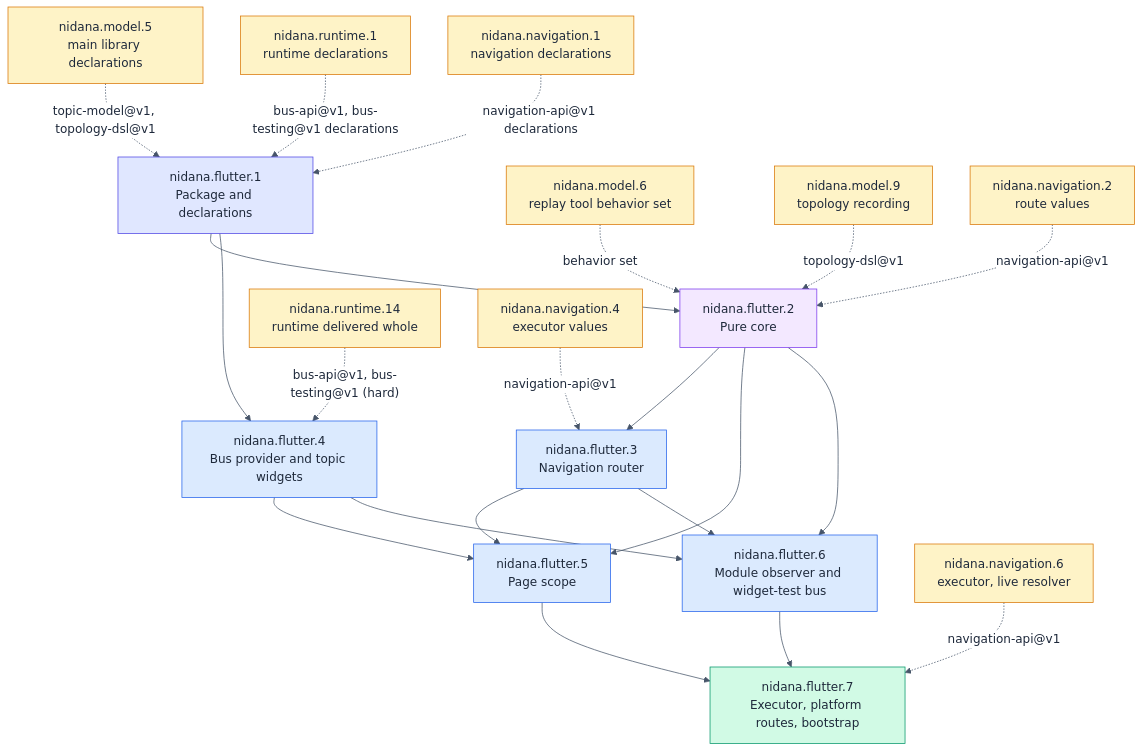
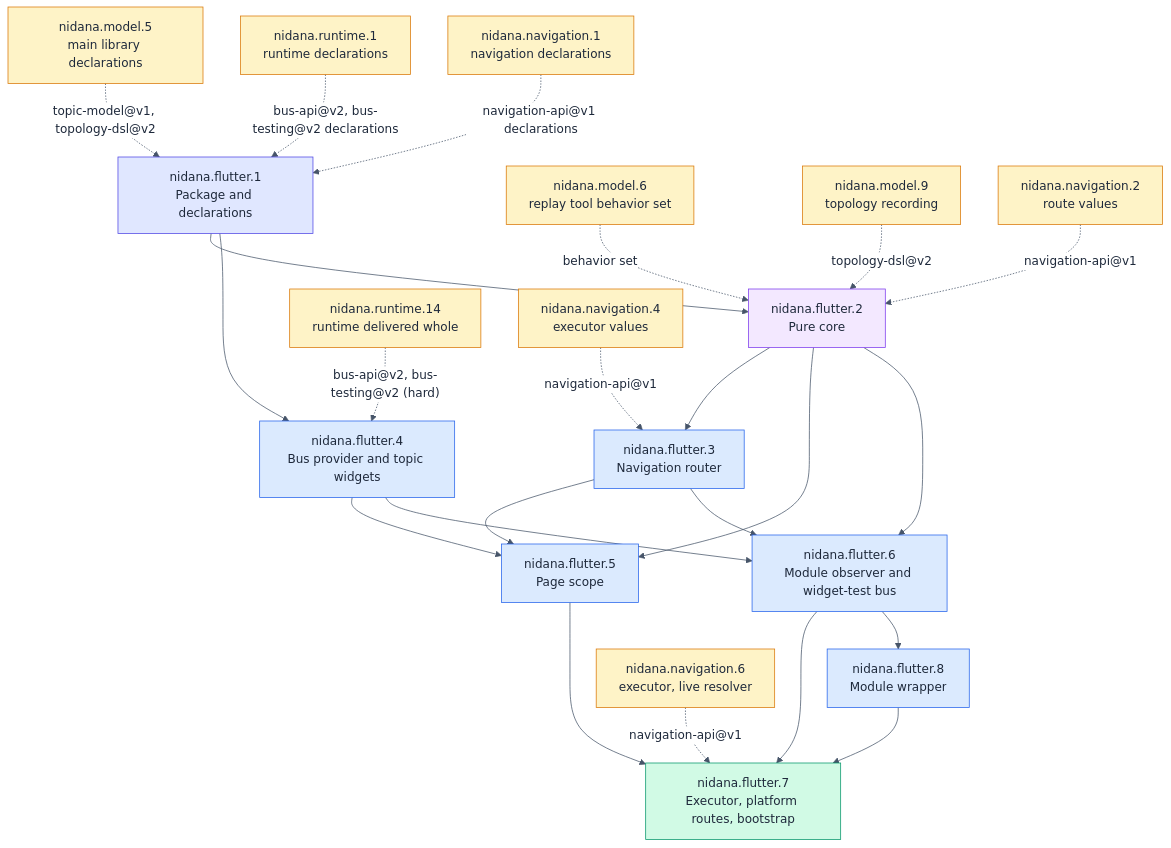
One commit to Samsara-Stream/nidana-bus-dart changed the diagram in hsdd/spec/nidana.flutter.md. Above: the diagram before and after it, drawn with Mermaid. The commit also changed other lines of this file, not shown here.

Commit message:
hsdd: S86 hsdd-phase-plan nidana.flutter re-plan for v0.15.1 (H15): .8 Module wrapper appended for NidanaModule

````diff
--- a/hsdd/spec/nidana.flutter.md
+++ b/hsdd/spec/nidana.flutter.md
@@ -282,58 +342,62 @@
 ```mermaid
 %%{init:{'theme':'base','themeVariables':{'primaryTextColor':'#1e293b','lineColor':'#475569','edgeLabelBackground':'#ffffff','tertiaryTextColor':'#1e293b'}}}%%
 flowchart TD
     F1["nidana.flutter.1<br/>Package and declarations"]
     F2["nidana.flutter.2<br/>Pure core"]
     F3["nidana.flutter.3<br/>Navigation router"]
     F4["nidana.flutter.4<br/>Bus provider and topic widgets"]
     F5["nidana.flutter.5<br/>Page scope"]
     F6["nidana.flutter.6<br/>Module observer and widget-test bus"]
     F7["nidana.flutter.7<br/>Executor, platform routes, bootstrap"]
+    F8["nidana.flutter.8<br/>Module wrapper"]
     M5["nidana.model.5<br/>main library declarations"]
     M6["nidana.model.6<br/>replay tool behavior set"]
     M9["nidana.model.9<br/>topology recording"]
     R1["nidana.runtime.1<br/>runtime declarations"]
     R14["nidana.runtime.14<br/>runtime delivered whole"]
     N1["nidana.navigation.1<br/>navigation declarations"]
     N2["nidana.navigation.2<br/>route values"]
     N4["nidana.navigation.4<br/>executor values"]
     N6["nidana.navigation.6<br/>executor, live resolver"]
 
     F1 --> F2
     F2 --> F3
     F1 --> F4
     F2 --> F5
     F3 --> F5
     F4 --> F5
     F2 --> F6
     F3 --> F6
     F4 --> F6
     F5 --> F7
     F6 --> F7
-    M5 -. "topic-model@v1, topology-dsl@v1" .-> F1
-    R1 -. "bus-api@v1, bus-testing@v1 declarations" .-> F1
+    F6 --> F8
+    F8 --> F7
+    M5 -. "topic-model@v1, topology-dsl@v2" .-> F1
+    R1 -. "bus-api@v2, bus-testing@v2 declarations" .-> F1
     N1 -. "navigation-api@v1 declarations" .-> F1
     M6 -. "behavior set" .-> F2
-    M9 -. "topology-dsl@v1" .-> F2
+    M9 -. "topology-dsl@v2" .-> F2
     N2 -. "navigation-api@v1" .-> F2
     N4 -. "navigation-api@v1" .-> F3
-    R14 -. "bus-api@v1, bus-testing@v1 (hard)" .-> F4
+    R14 -. "bus-api@v2, bus-testing@v2 (hard)" .-> F4
     N6 -. "navigation-api@v1" .-> F7
 
     style F1 fill:#e0e7ff,stroke:#4f46e5,color:#1e293b
     style F2 fill:#f3e8ff,stroke:#7c3aed,color:#1e293b
     style F3 fill:#dbeafe,stroke:#2563eb,color:#1e293b
     style F4 fill:#dbeafe,stroke:#2563eb,color:#1e293b
     style F5 fill:#dbeafe,stroke:#2563eb,color:#1e293b
     style F6 fill:#dbeafe,stroke:#2563eb,color:#1e293b
     style F7 fill:#d1fae5,stroke:#059669,color:#1e293b
+    style F8 fill:#dbeafe,stroke:#2563eb,color:#1e293b
     style M5 fill:#fef3c7,stroke:#d97706,color:#1e293b
     style M6 fill:#fef3c7,stroke:#d97706,color:#1e293b
     style M9 fill:#fef3c7,stroke:#d97706,color:#1e293b
     style R1 fill:#fef3c7,stroke:#d97706,color:#1e293b
     style R14 fill:#fef3c7,stroke:#d97706,color:#1e293b
     style N1 fill:#fef3c7,stroke:#d97706,color:#1e293b
     style N2 fill:#fef3c7,stroke:#d97706,color:#1e293b
     style N4 fill:#fef3c7,stroke:#d97706,color:#1e293b
     style N6 fill:#fef3c7,stroke:#d97706,color:#1e293b
 ```
````
